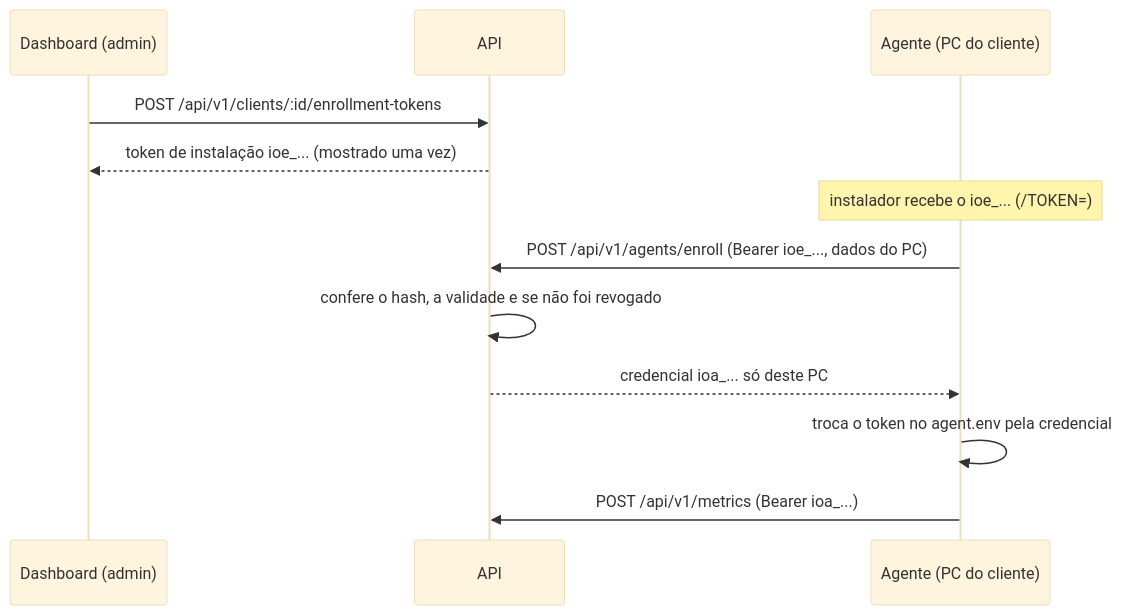
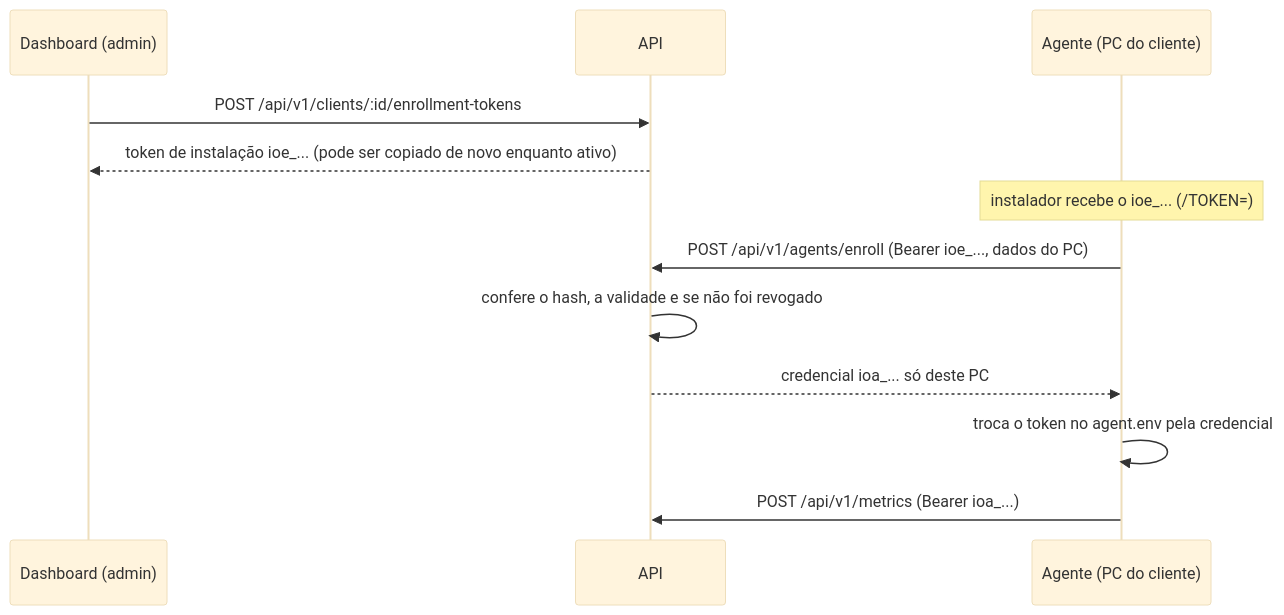
Before and after one commit to LocatelliBryann/InfraObserver: the second of 2 diagrams in docs/security.md, drawn with Mermaid (base theme). The commit also changed other lines of this file and 2 other files, not shown here.

Commit message:
docs: describe the clients page, the client filter and token copying

````diff
--- a/docs/security.md
+++ b/docs/security.md
@@ -45,14 +45,14 @@
 ```mermaid
 sequenceDiagram
     participant D as Dashboard (admin)
     participant A as API
     participant G as Agente (PC do cliente)
     D->>A: POST /api/v1/clients/:id/enrollment-tokens
-    A-->>D: token de instalação ioe_... (mostrado uma vez)
+    A-->>D: token de instalação ioe_... (pode ser copiado de novo enquanto ativo)
     Note over G: instalador recebe o ioe_... (/TOKEN=)
     G->>A: POST /api/v1/agents/enroll (Bearer ioe_..., dados do PC)
     A->>A: confere o hash, a validade e se não foi revogado
     A-->>G: credencial ioa_... só deste PC
     G->>G: troca o token no agent.env pela credencial
     G->>A: POST /api/v1/metrics (Bearer ioa_...)
 ```
````
